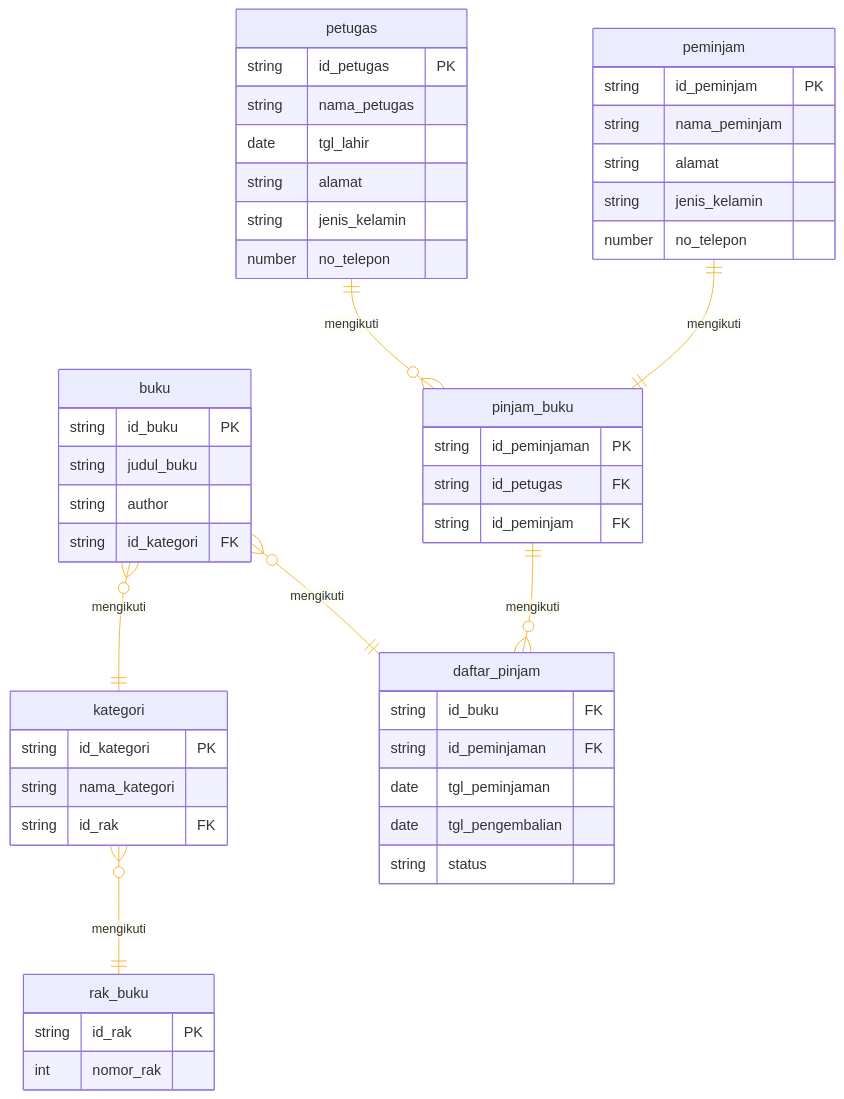
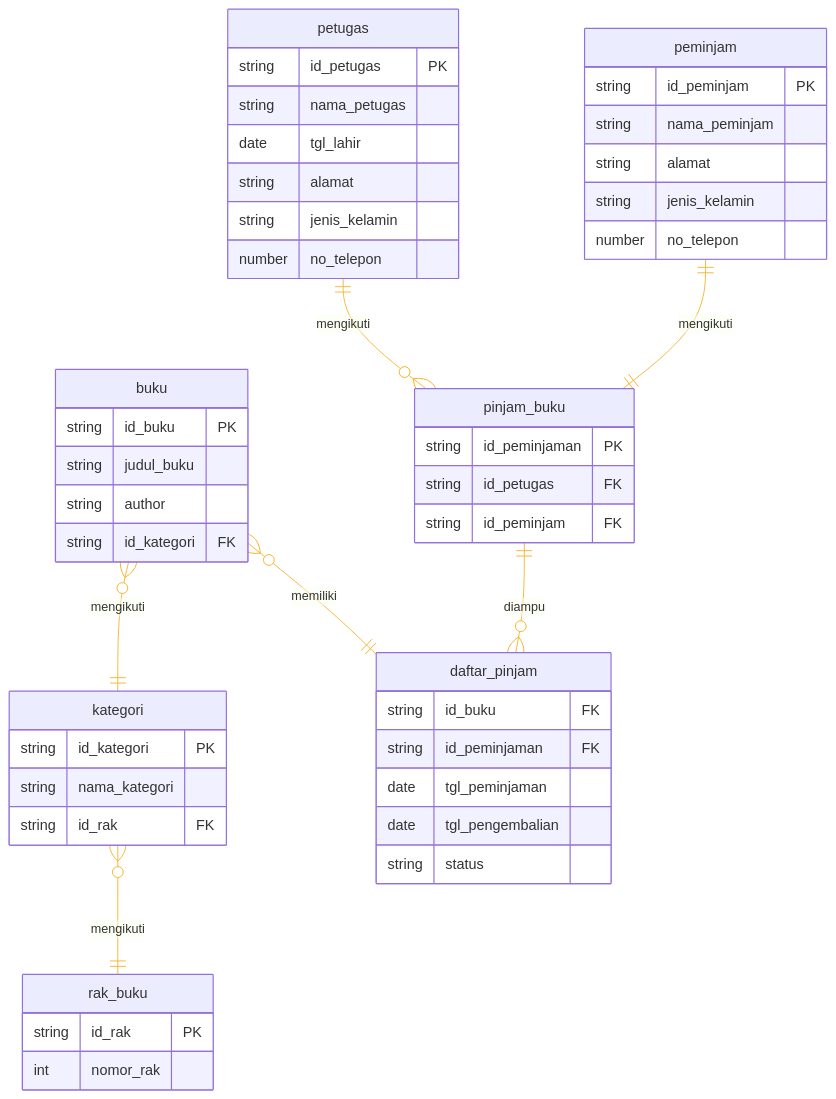
Before and after one commit to dimastadeoo/koda-b8-db1: the diagram in readme.md, drawn with Mermaid.

Commit message:
fix: Update relationship notation for 'daftar_pinjam' in ERD

````diff
--- a/readme.md
+++ b/readme.md
@@ -5,65 +5,65 @@
 ```mermaid
 ---
 config:
     theme: 'default'
     themeVariables:
         lineColor: '#F8B229'
 ---
 
 erDiagram
     buku {
         string id_buku PK
         string judul_buku
         string author
         string id_kategori FK
     }
     
     kategori {
         string id_kategori PK
         string nama_kategori
         string id_rak FK
     }
     rak_buku {
         string id_rak PK
         int nomor_rak
     }
     petugas {
         string id_petugas PK
         string nama_petugas
         date tgl_lahir
         string alamat
         string jenis_kelamin
         number no_telepon
     }
 
     peminjam {
         string id_peminjam PK
         string nama_peminjam
         string alamat
         string jenis_kelamin
         number no_telepon
     }
 
     daftar_pinjam {
         string id_buku FK
         string id_peminjaman FK
         date tgl_peminjaman
         date tgl_pengembalian
         string status
     }
 
     pinjam_buku {
         string id_peminjaman PK
         string id_petugas FK
         string id_peminjam FK
     }
 
     buku o{ -- || kategori : mengikuti
     kategori o{ -- || rak_buku : mengikuti
-    buku o{ -- || daftar_pinjam : mengikuti
-    pinjam_buku || -- o{ daftar_pinjam : mengikuti
+    buku o{ -- || daftar_pinjam : memiliki
+    pinjam_buku || -- o{ daftar_pinjam : diampu
     petugas || -- o{ pinjam_buku : mengikuti
     peminjam || -- || pinjam_buku : mengikuti
 
 
 ```
````
